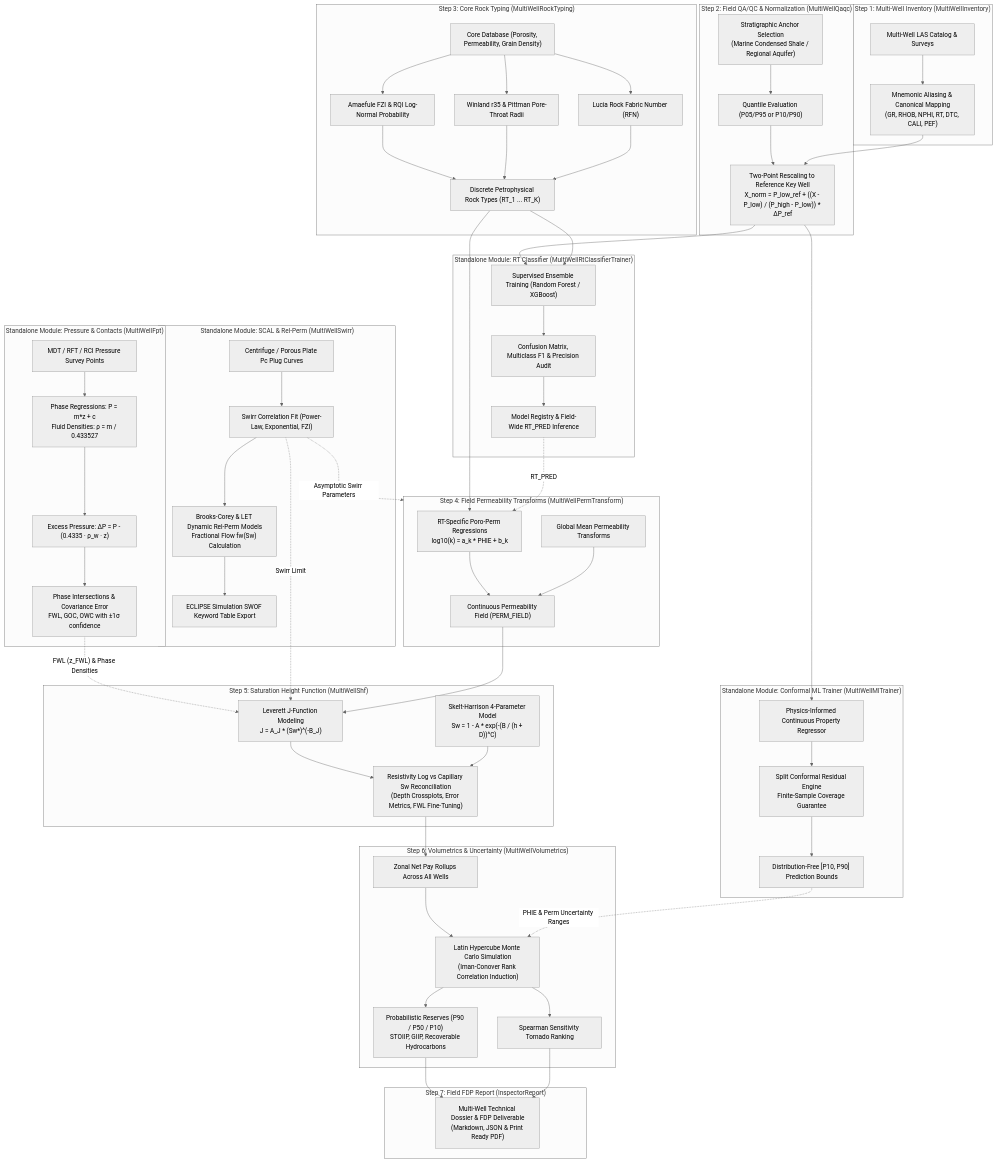
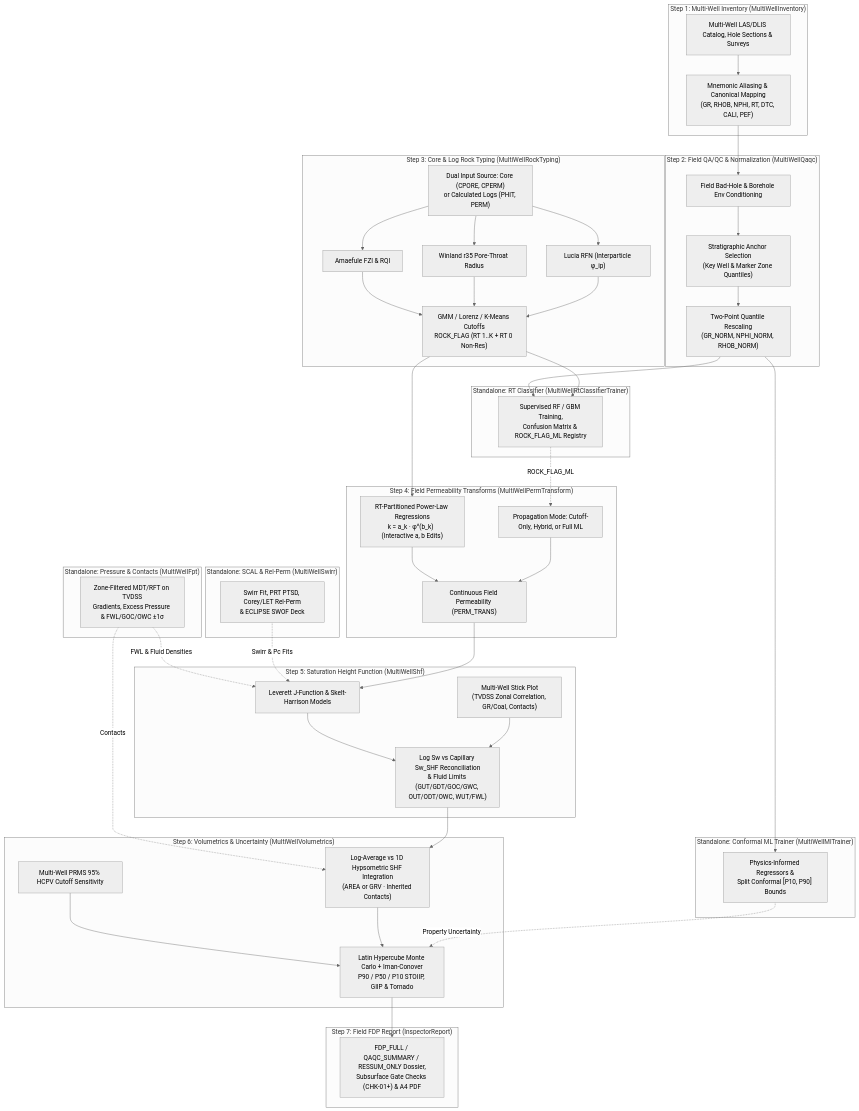
Before and after one commit to imranfadhil/quick_pp: the second of 3 diagrams in docs/workflows/multi_well.md, drawn with Mermaid (neutral theme). The commit also changed other lines of this file and 5 other files, not shown here.

````diff
--- a/docs/workflows/multi_well.md
+++ b/docs/workflows/multi_well.md
@@ -62,93 +64,78 @@
 ```mermaid
 flowchart TD
     subgraph S1_BOX["Step 1: Multi-Well Inventory (MultiWellInventory)"]
-        LAS_IN["Multi-Well LAS Catalog & Surveys"]
+        LAS_IN["Multi-Well LAS/DLIS Catalog, Hole Sections & Surveys"]
         ALIAS["Mnemonic Aliasing & Canonical Mapping\n(GR, RHOB, NPHI, RT, DTC, CALI, PEF)"]
         LAS_IN --> ALIAS
     end
 
     subgraph S2_BOX["Step 2: Field QA/QC & Normalization (MultiWellQaqc)"]
-        MARKER["Stratigraphic Anchor Selection\n(Marine Condensed Shale / Regional Aquifer)"]
-        QUANTILE["Quantile Evaluation (P05/P95 or P10/P90)"]
-        NORM["Two-Point Rescaling to Reference Key Well\nX_norm = P_low_ref + ((X - P_low) / (P_high - P_low)) * ΔP_ref"]
-        MARKER --> QUANTILE --> NORM
+        COND["Field Bad-Hole & Borehole Env Conditioning"]
+        MARKER["Stratigraphic Anchor Selection\n(Key Well & Marker Zone Quantiles)"]
+        NORM["Two-Point Quantile Rescaling\n(GR_NORM, NPHI_NORM, RHOB_NORM)"]
+        COND --> MARKER --> NORM
     end
 
-    subgraph S3_BOX["Step 3: Core Rock Typing (MultiWellRockTyping)"]
-        RCA_DB["Core Database (Porosity, Permeability, Grain Density)"]
-        FZI_M["Amaefule FZI & RQI Log-Normal Probability"]
-        WIN_M["Winland r35 & Pittman Pore-Throat Radii"]
-        LUC_M["Lucia Rock Fabric Number (RFN)"]
-        RCA_DB --> FZI_M & WIN_M & LUC_M
-        FZI_M & WIN_M & LUC_M --> DISCRETE_RTS["Discrete Petrophysical Rock Types (RT_1 ... RT_K)"]
+    subgraph S3_BOX["Step 3: Core & Log Rock Typing (MultiWellRockTyping)"]
+        PHI_K_SRC["Dual Input Source: Core (CPORE, CPERM)\nor Calculated Logs (PHIT, PERM)"]
+        FZI_M["Amaefule FZI & RQI"]
+        WIN_M["Winland r35 Pore-Throat Radius"]
+        LUC_M["Lucia RFN (Interparticle φ_ip)"]
+        PHI_K_SRC --> FZI_M & WIN_M & LUC_M
+        FZI_M & WIN_M & LUC_M --> DISCRETE_RTS["GMM / Lorenz / K-Means Cutoffs\nROCK_FLAG (RT 1..K + RT 0 Non-Res)"]
     end
 
     subgraph S4_BOX["Step 4: Field Permeability Transforms (MultiWellPermTransform)"]
-        RT_REGS["RT-Specific Poro-Perm Regressions\nlog10(k) = a_k * PHIE + b_k"]
-        GLOBAL_REG["Global Mean Permeability Transforms"]
-        RT_REGS & GLOBAL_REG --> PERM_FIELD["Continuous Permeability Field (PERM_FIELD)"]
+        RT_REGS["RT-Partitioned Power-Law Regressions\nk = a_k · φ^(b_k)  (Interactive a, b Edits)"]
+        PROP_MODE["Propagation Mode: Cutoff-Only, Hybrid, or Full ML"]
+        RT_REGS & PROP_MODE --> PERM_TRANS["Continuous Field Permeability (PERM_TRANS)"]
     end
 
     subgraph S5_BOX["Step 5: Saturation Height Function (MultiWellShf)"]
-        LEV_J["Leverett J-Function Modeling\nJ = A_J * (Sw*)^(-B_J)"]
-        SKELT["Skelt-Harrison 4-Parameter Model\nSw = 1 - A * exp(-(B / (h + D))^C)"]
-        RECON["Resistivity Log vs Capillary Sw Reconciliation\n(Depth Crossplots, Error Metrics, FWL Fine-Tuning)"]
-        LEV_J & SKELT --> RECON
+        LEV_J["Leverett J-Function & Skelt-Harrison Models"]
+        STICK["Multi-Well Stick Plot\n(TVDSS Zonal Correlation, GR/Coal, Contacts)"]
+        RECON["Log Sw vs Capillary Sw_SHF Reconciliation\n& Fluid Limits (GUT/GDT/GOC/GWC, OUT/ODT/OWC, WUT/FWL)"]
+        LEV_J & STICK --> RECON
     end
 
     subgraph S6_BOX["Step 6: Volumetrics & Uncertainty (MultiWellVolumetrics)"]
-        PAY_ROLLUP["Zonal Net Pay Rollups Across All Wells"]
-        LHS_SIM["Latin Hypercube Monte Carlo Simulation\n(Iman-Conover Rank Correlation Induction)"]
-        RESERVES["Probabilistic Reserves (P90 / P50 / P10)\nSTOIIP, GIIP, Recoverable Hydrocarbons"]
-        TORNADO["Spearman Sensitivity Tornado Ranking"]
-        PAY_ROLLUP --> LHS_SIM --> RESERVES & TORNADO
+        CUT_SENS["Multi-Well PRMS 95% HCPV Cutoff Sensitivity"]
+        SAT_MODE["Log-Average vs 1D Hypsometric SHF Integration\n(AREA or GRV · Inherited Contacts)"]
+        LHS_SIM["Latin Hypercube Monte Carlo + Iman-Conover\nP90 / P50 / P10 STOIIP, GIIP & Tornado"]
+        CUT_SENS & SAT_MODE --> LHS_SIM
     end
 
     subgraph S7_BOX["Step 7: Field FDP Report (InspectorReport)"]
-        DOSSIER["Multi-Well Technical Dossier & FDP Deliverable\n(Markdown, JSON & Print Ready PDF)"]
+        DOSSIER["FDP_FULL / QAQC_SUMMARY / RESSUM_ONLY Dossier,\nSubsurface Gate Checks (CHK-01+) & A4 PDF"]
     end
 
-    subgraph SA_FPT["Standalone Module: Pressure & Contacts (MultiWellFpt)"]
-        FPT_SURVEYS["MDT / RFT / RCI Pressure Survey Points"]
-        FPT_GRAD["Phase Regressions: P = m*z + c\nFluid Densities: ρ = m / 0.433527"]
-        FPT_EXCESS["Excess Pressure: ΔP = P - (0.4335 · ρ_w · z)"]
-        FPT_CONTACT["Phase Intersections & Covariance Error\nFWL, GOC, OWC with ±1σ confidence"]
-        FPT_SURVEYS --> FPT_GRAD --> FPT_EXCESS --> FPT_CONTACT
+    subgraph SA_FPT["Standalone: Pressure & Contacts (MultiWellFpt)"]
+        FPT_CONTACT["Zone-Filtered MDT/RFT on TVDSS\nGradients, Excess Pressure & FWL/GOC/OWC ±1σ"]
     end
 
-    subgraph SA_SCAL["Standalone Module: SCAL & Rel-Perm (MultiWellSwirr)"]
-        SCAL_PLUGS["Centrifuge / Porous Plate Pc Plug Curves"]
-        SWIRR_FIT["Swirr Correlation Fit (Power-Law, Exponential, FZI)"]
-        RELPERM_MODELS["Brooks-Corey & LET Dynamic Rel-Perm Models\nFractional Flow fw(Sw) Calculation"]
-        SWOF_DECK["ECLIPSE Simulation SWOF Keyword Table Export"]
-        SCAL_PLUGS --> SWIRR_FIT --> RELPERM_MODELS --> SWOF_DECK
+    subgraph SA_SCAL["Standalone: SCAL & Rel-Perm (MultiWellSwirr)"]
+        SWOF_DECK["Swirr Fit, PRT PTSD, Corey/LET Rel-Perm\n& ECLIPSE SWOF Deck"]
     end
 
-    subgraph SA_CLF["Standalone Module: RT Classifier (MultiWellRtClassifierTrainer)"]
-        CLF_TRAIN["Supervised Ensemble Training (Random Forest / XGBoost)"]
-        CLF_CONF["Confusion Matrix, Multiclass F1 & Precision Audit"]
-        CLF_REG["Model Registry & Field-Wide RT_PRED Inference"]
-        CLF_TRAIN --> CLF_CONF --> CLF_REG
+    subgraph SA_CLF["Standalone: RT Classifier (MultiWellRtClassifierTrainer)"]
+        CLF_REG["Supervised RF / GBM Training,\nConfusion Matrix & ROCK_FLAG_ML Registry"]
     end
 
-    subgraph SA_ML["Standalone Module: Conformal ML Trainer (MultiWellMlTrainer)"]
-        PIML_TRAIN["Physics-Informed Continuous Property Regressor"]
-        CONFORMAL_ENGINE["Split Conformal Residual Engine\nFinite-Sample Coverage Guarantee"]
-        INTERVALS["Distribution-Free [P10, P90] Prediction Bounds"]
-        PIML_TRAIN --> CONFORMAL_ENGINE --> INTERVALS
+    subgraph SA_ML["Standalone: Conformal ML Trainer (MultiWellMlTrainer)"]
+        INTERVALS["Physics-Informed Regressors &\nSplit Conformal [P10, P90] Bounds"]
     end
 
-    ALIAS --> NORM
-    NORM --> CLF_TRAIN
-    NORM --> PIML_TRAIN
-    DISCRETE_RTS --> CLF_TRAIN
+    ALIAS --> COND
+    NORM --> CLF_REG
+    NORM --> INTERVALS
+    DISCRETE_RTS --> CLF_REG
     DISCRETE_RTS --> RT_REGS
-    CLF_REG -.->|"RT_PRED"| RT_REGS
-    FPT_CONTACT -.->|"FWL (z_FWL) & Phase Densities"| LEV_J
-    SWIRR_FIT -.->|"Asymptotic Swirr Parameters"| S4_BOX
-    SWIRR_FIT -.->|"Swirr Limit"| LEV_J
-    PERM_FIELD --> LEV_J
-    RECON --> PAY_ROLLUP
-    INTERVALS -.->|"PHIE & Perm Uncertainty Ranges"| LHS_SIM
-    RESERVES & TORNADO --> DOSSIER
+    CLF_REG -.->|"ROCK_FLAG_ML"| PROP_MODE
+    FPT_CONTACT -.->|"FWL & Fluid Densities"| LEV_J
+    FPT_CONTACT -.->|"Contacts"| SAT_MODE
+    SWOF_DECK -.->|"Swirr & Pc Fits"| LEV_J
+    PERM_TRANS --> LEV_J
+    RECON --> SAT_MODE
+    INTERVALS -.->|"Property Uncertainty"| LHS_SIM
+    LHS_SIM --> DOSSIER
 ```
````
